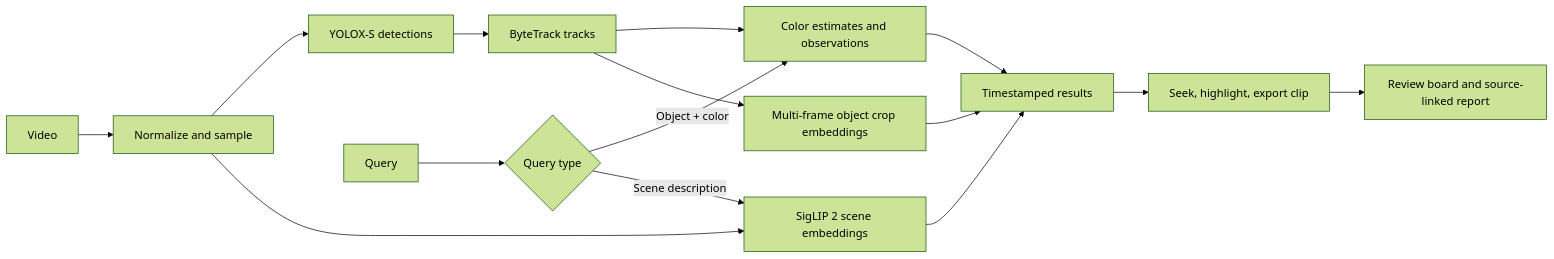
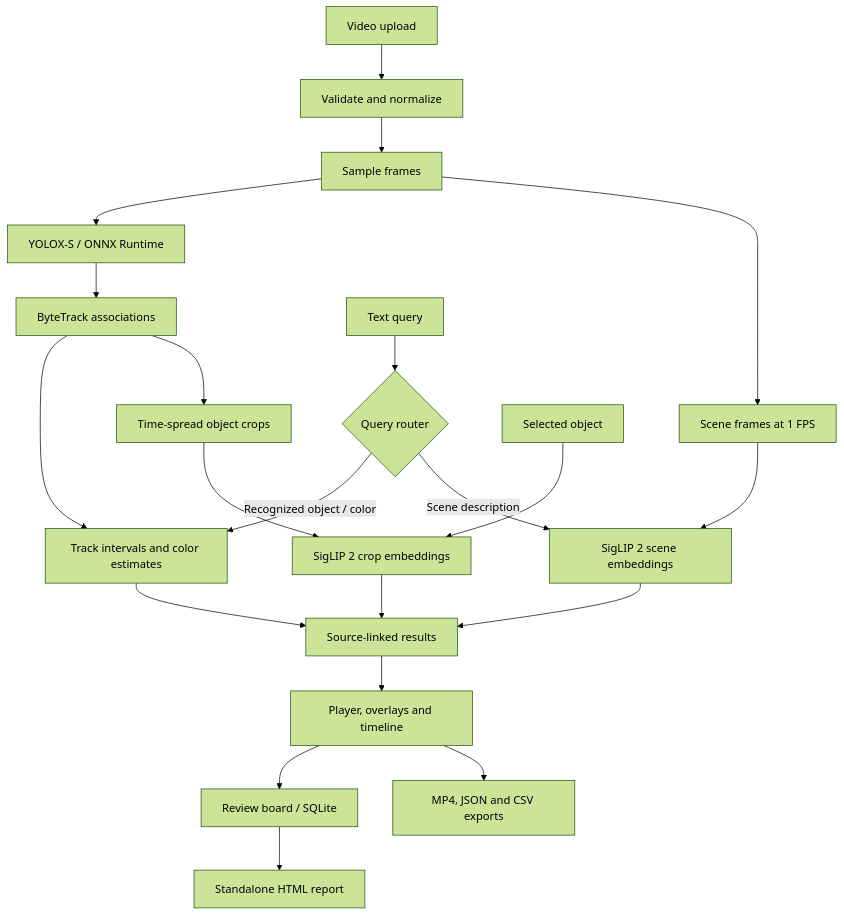
The diagram in README.md (onurozansunger/motionlab), drawn with Mermaid (forest theme) before and after one commit. The commit also changed other lines of this file and 2 other files, not shown here.

````diff
--- a/README.md
+++ b/README.md
@@ -50,17 +140,23 @@
 ```mermaid
-flowchart LR
-    V[Video] --> N[Normalize and sample]
-    N --> D[YOLOX-S detections]
-    D --> T[ByteTrack tracks]
-    T --> C[Color estimates and observations]
-    T --> O[Multi-frame object crop embeddings]
-    N --> E[SigLIP 2 scene embeddings]
-    Q[Query] --> F{Query type}
-    F -->|Object + color| C
-    F -->|Scene description| E
-    C --> R[Timestamped results]
-    E --> R
-    O --> R
-    R --> P[Seek, highlight, export clip]
-    P --> B[Review board and source-linked report]
+flowchart TD
+    A[Video upload] --> B[Validate and normalize]
+    B --> C[Sample frames]
+    C --> D[YOLOX-S / ONNX Runtime]
+    D --> E[ByteTrack associations]
+    E --> F[Track intervals and color estimates]
+    E --> G[Time-spread object crops]
+    C --> H[Scene frames at 1 FPS]
+    G --> I[SigLIP 2 crop embeddings]
+    H --> J[SigLIP 2 scene embeddings]
+    Q[Text query] --> R{Query router}
+    R -->|Recognized object / color| F
+    R -->|Scene description| J
+    X[Selected object] --> I
+    F --> K[Source-linked results]
+    I --> K
+    J --> K
+    K --> L[Player, overlays and timeline]
+    L --> M[Review board / SQLite]
+    L --> N[MP4, JSON and CSV exports]
+    M --> O[Standalone HTML report]
 ```
````
